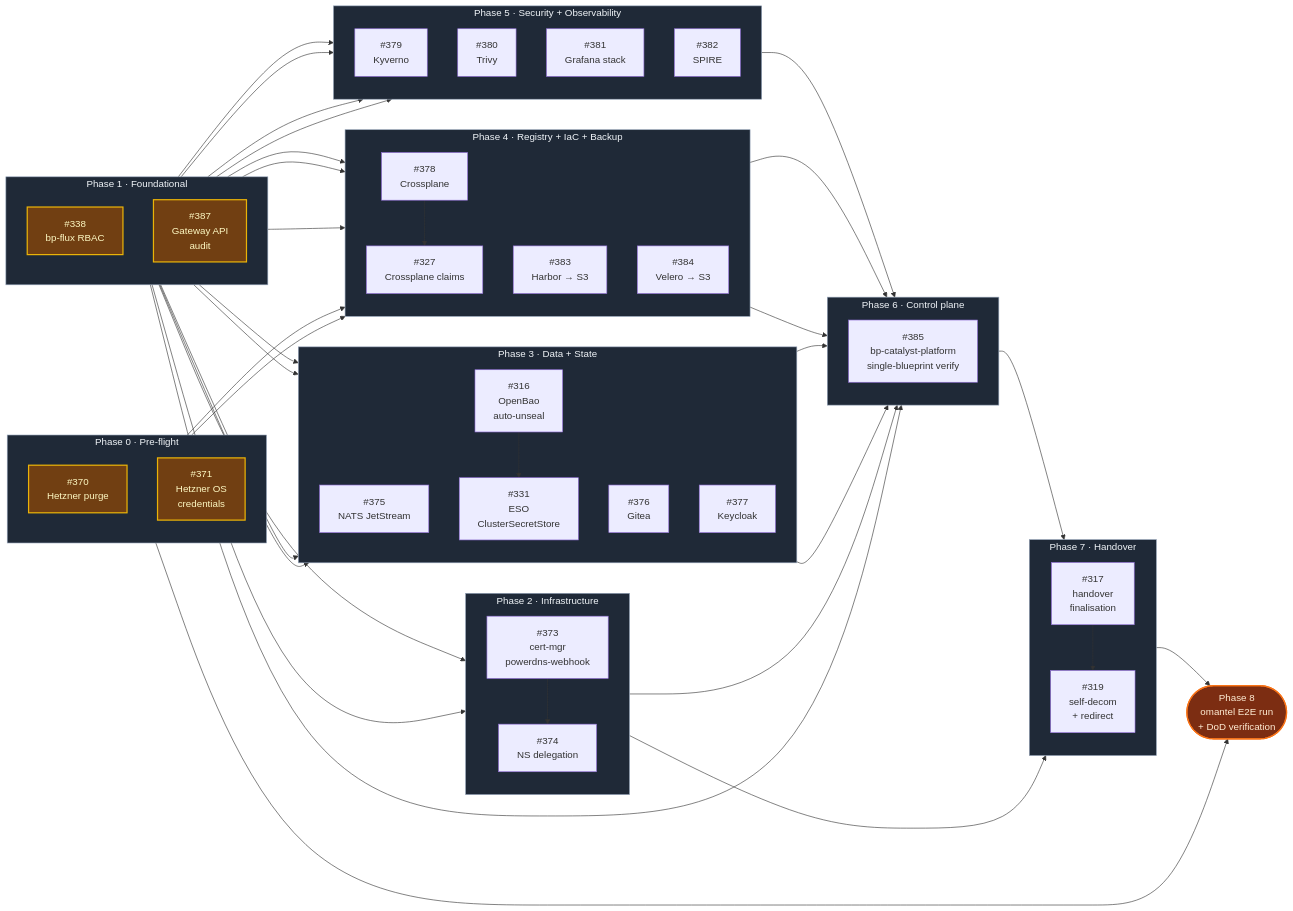
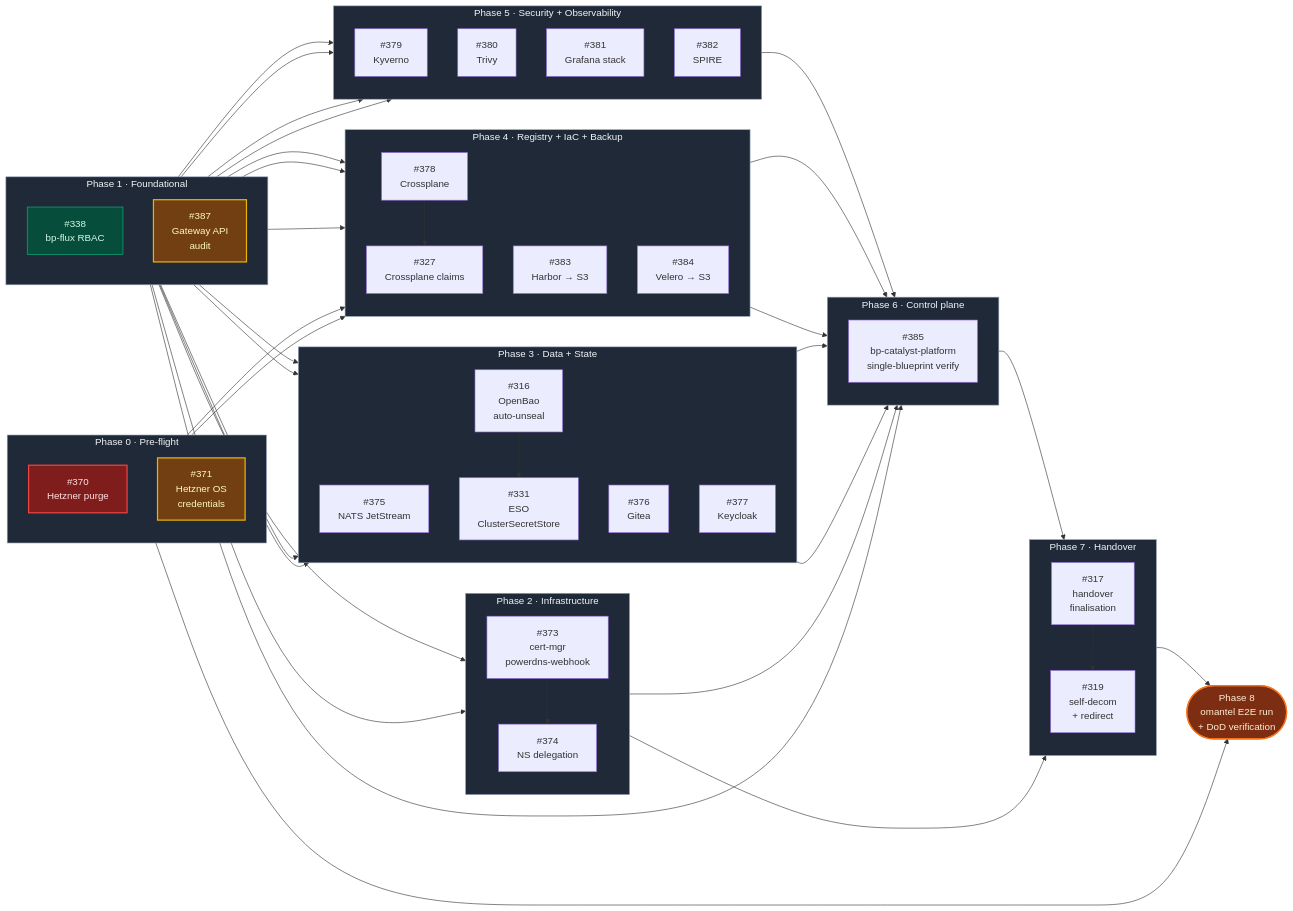
Before and after one commit to openova-io/openova: the diagram in docs/omantel-handover-wbs.md, drawn with Mermaid. The commit also changed other lines of this file, not shown here.

````diff
--- a/docs/omantel-handover-wbs.md
+++ b/docs/omantel-handover-wbs.md
@@ -167,5 +167,7 @@
     T370 --> P8
 
     class PH0,PH1,PH2,PH3,PH4,PH5,PH6,PH7 phase
-    class T338,T370,T371,T387 wip
+    class T338 done
+    class T371,T387,T392 wip
+    class T370 blocked
 ```
````
